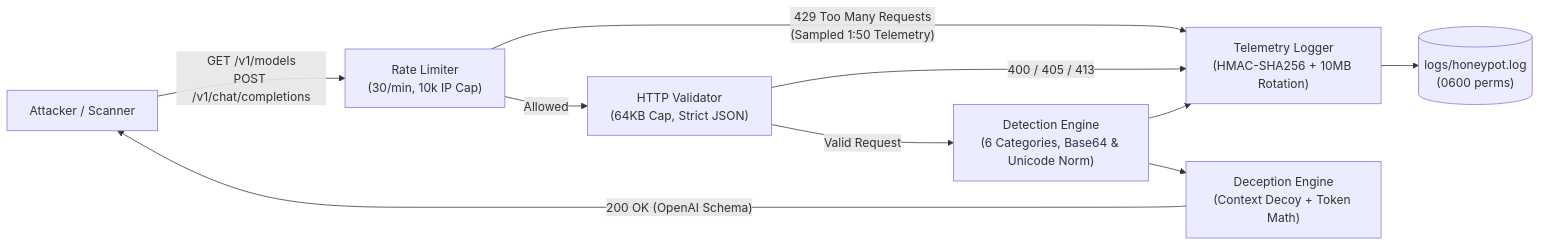
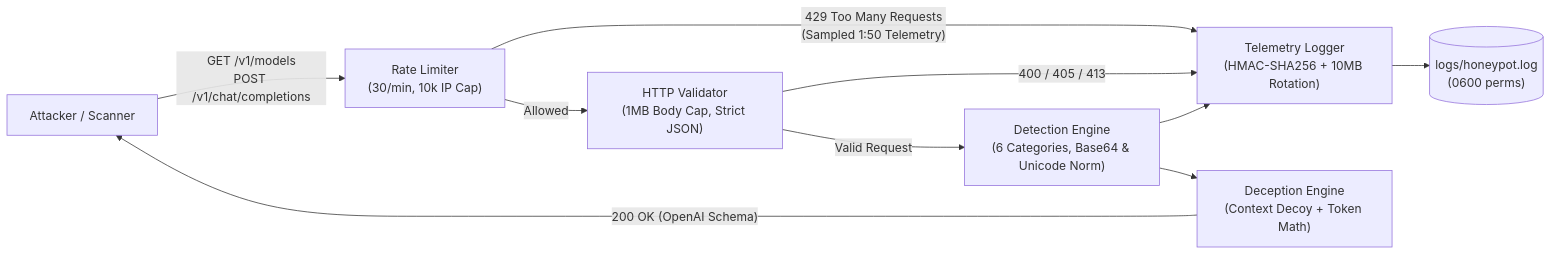
Before and after one commit to efronh/go-llm-honeypot: the diagram in README.md, drawn with Mermaid. The commit also changed other lines of this file and 1 other file, not shown here.

Commit message:
Align README request body limit with 1MB implementation and add boundary tests

````diff
--- a/README.md
+++ b/README.md
@@ -24,12 +24,12 @@
 ```mermaid
 flowchart LR
     A["Attacker / Scanner"] -->|"GET /v1/models\nPOST /v1/chat/completions"| B["Rate Limiter\n(30/min, 10k IP Cap)"]
     B -->|"429 Too Many Requests\n(Sampled 1:50 Telemetry)"| E["Telemetry Logger\n(HMAC-SHA256 + 10MB Rotation)"]
-    B -->|"Allowed"| C["HTTP Validator\n(64KB Cap, Strict JSON)"]
+    B -->|"Allowed"| C["HTTP Validator\n(1MB Body Cap, Strict JSON)"]
     C -->|"400 / 405 / 413"| E
     C -->|"Valid Request"| D["Detection Engine\n(6 Categories, Base64 & Unicode Norm)"]
     D --> E
     D --> F["Deception Engine\n(Context Decoy + Token Math)"]
     E --> G[("logs/honeypot.log\n(0600 perms)")]
     F -->|"200 OK (OpenAI Schema)"| A
 ```
````
